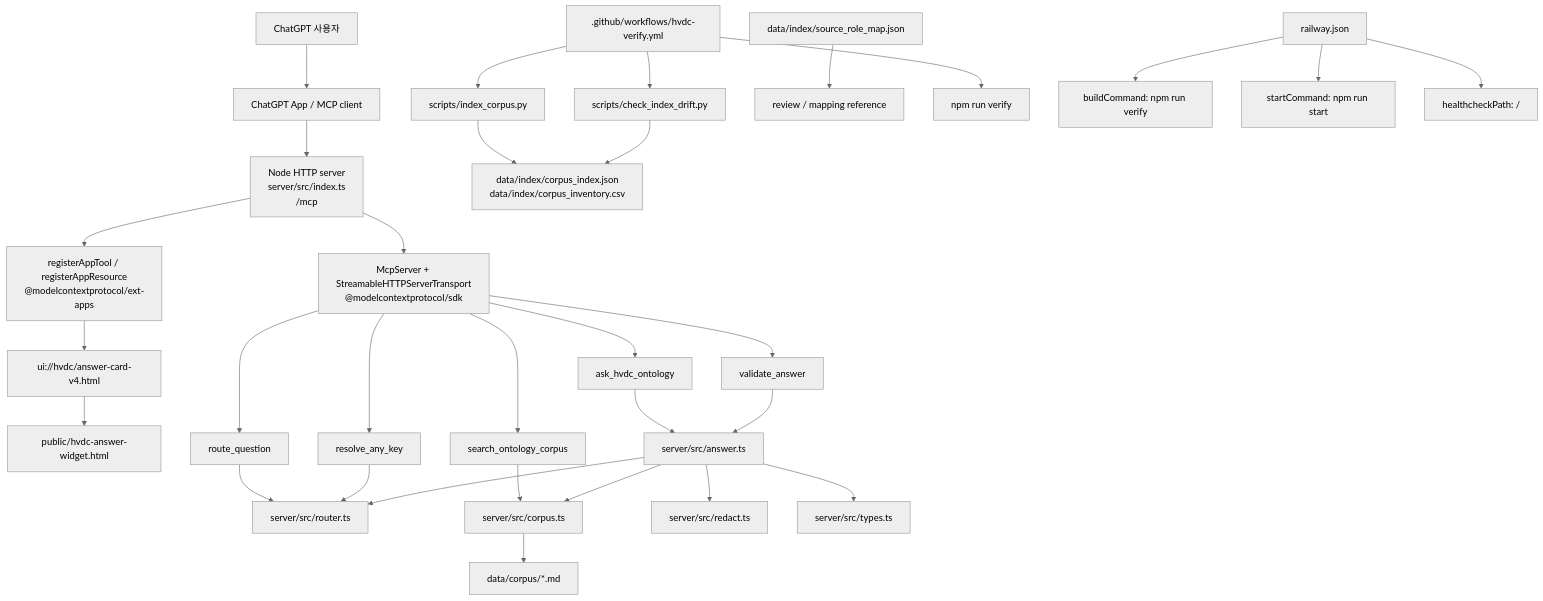
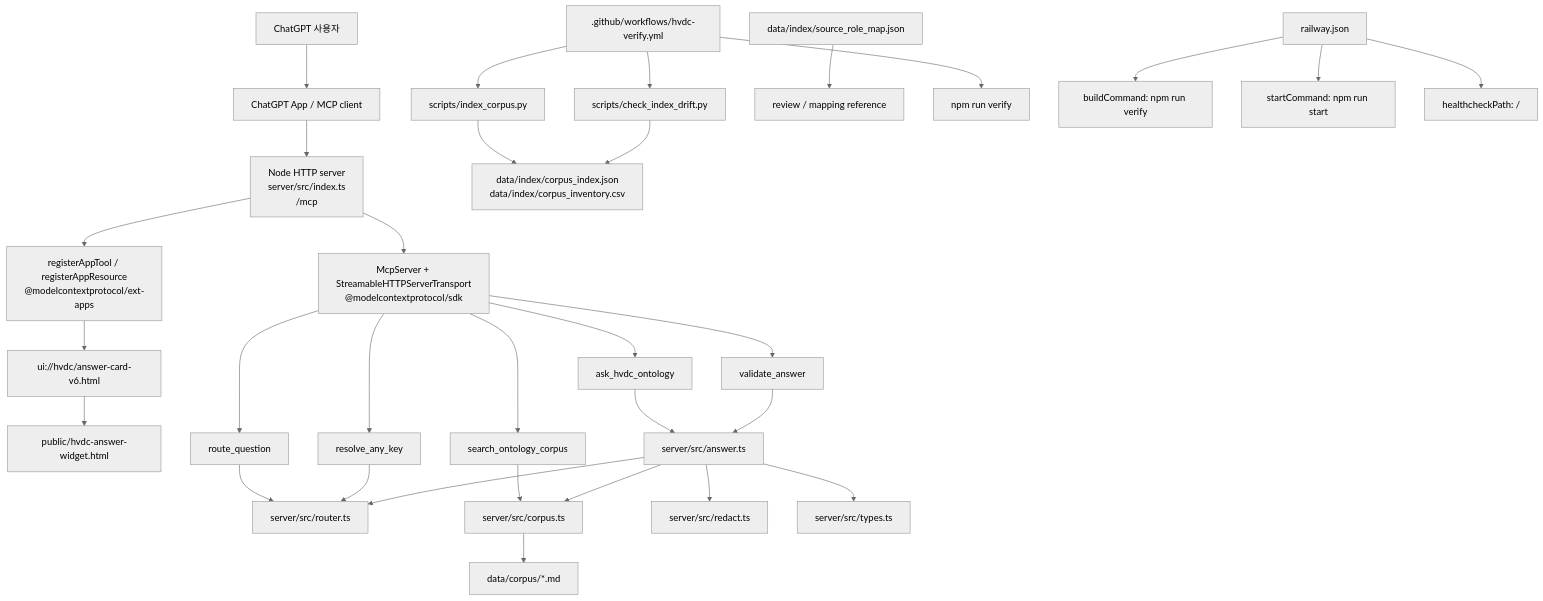
Before and after one commit to macho715/SCT_ONTOLOGY: the first of 2 diagrams in SYSTEM_ARCHITECTURE.md, drawn with Mermaid (neutral theme). The commit also changed other lines of this file and 6 other files, not shown here.

Commit message:
Add legacy HVDC answer card resource alias

````diff
--- a/SYSTEM_ARCHITECTURE.md
+++ b/SYSTEM_ARCHITECTURE.md
@@ -30,37 +30,37 @@
 ```mermaid
 flowchart TD
   User["ChatGPT 사용자"] --> App["ChatGPT App / MCP client"]
   App --> Endpoint["Node HTTP server<br/>server/src/index.ts<br/>/mcp"]
   Endpoint --> Mcp["McpServer + StreamableHTTPServerTransport<br/>@modelcontextprotocol/sdk"]
   Endpoint --> ExtApps["registerAppTool / registerAppResource<br/>@modelcontextprotocol/ext-apps"]
-  ExtApps --> WidgetResource["ui://hvdc/answer-card-v4.html"]
+  ExtApps --> WidgetResource["ui://hvdc/answer-card-v6.html"]
   WidgetResource --> WidgetFile["public/hvdc-answer-widget.html"]
 
   Mcp --> AskTool["ask_hvdc_ontology"]
   Mcp --> RouteTool["route_question"]
   Mcp --> SearchTool["search_ontology_corpus"]
   Mcp --> ResolveTool["resolve_any_key"]
   Mcp --> ValidateTool["validate_answer"]
 
   AskTool --> Answer["server/src/answer.ts"]
   RouteTool --> Router["server/src/router.ts"]
   SearchTool --> Corpus["server/src/corpus.ts"]
   ResolveTool --> Router
   ValidateTool --> Answer
 
   Answer --> Redact["server/src/redact.ts"]
   Answer --> Types["server/src/types.ts"]
   Answer --> Corpus
   Answer --> Router
   Corpus --> CorpusFiles["data/corpus/*.md"]
   Indexer["scripts/index_corpus.py"] --> IndexFiles["data/index/corpus_index.json<br/>data/index/corpus_inventory.csv"]
   DriftCheck["scripts/check_index_drift.py"] --> IndexFiles
   SourceRole["data/index/source_role_map.json"] --> Review["review / mapping reference"]
 
   GHA[".github/workflows/hvdc-verify.yml"] --> Indexer
   GHA --> DriftCheck
   GHA --> Verify["npm run verify"]
   Railway["railway.json"] --> Build["buildCommand: npm run verify"]
   Railway --> Start["startCommand: npm run start"]
   Railway --> Health["healthcheckPath: /"]
 ```
````
